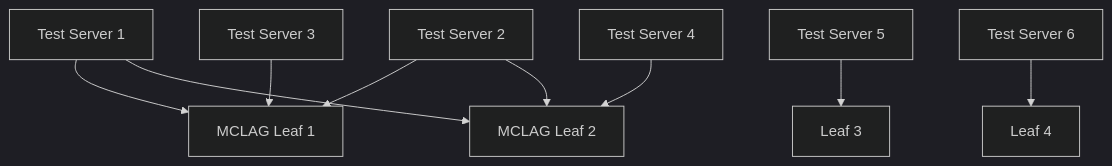
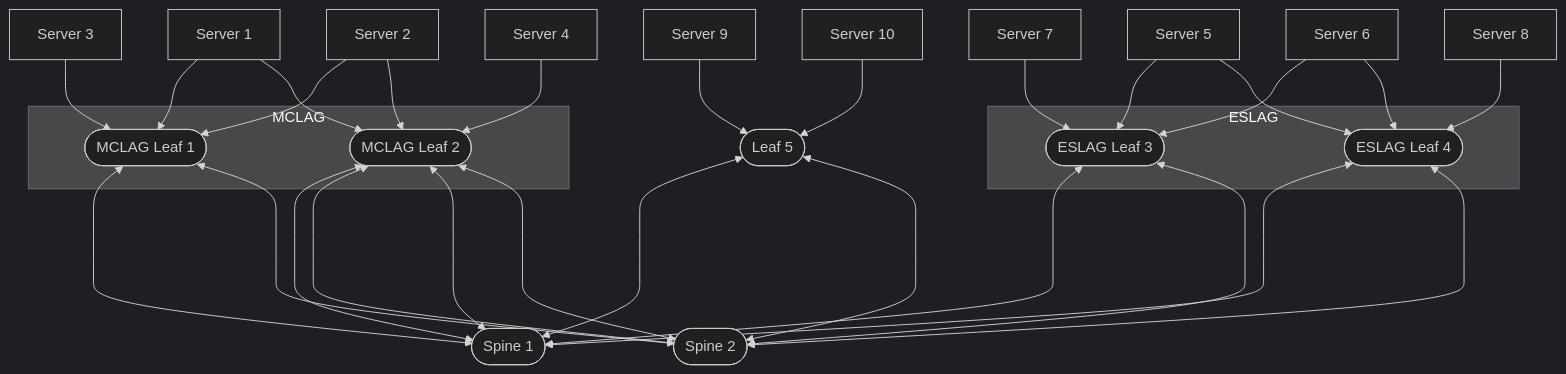
The second of 2 diagrams in docs/vlab/demo.md (githedgehog/docs), drawn with Mermaid (dark theme) before and after one commit. The commit also changed other lines of this file, not shown here.

Commit message:
change mermaid diagrams

````diff
--- a/docs/vlab/demo.md
+++ b/docs/vlab/demo.md
@@ -40,26 +35,51 @@
 ```mermaid
 graph TD
-    L1[MCLAG Leaf 1]
-    L2[MCLAG Leaf 2]
-    L3[Leaf 3]
-    L4[Leaf 4]
+    S1([Spine 1])
+    S2([Spine 2])
+    L1([MCLAG Leaf 1])
+    L2([MCLAG Leaf 2])
+    L3([ESLAG Leaf 3])
+    L4([ESLAG Leaf 4])
+    L5([Leaf 5])
 
-    TS1[Test Server 1]
-    TS2[Test Server 2]
-    TS3[Test Server 3]
-    TS4[Test Server 4]
-    TS5[Test Server 5]
-    TS6[Test Server 6]
+    TS1[Server 1]
+    TS2[Server 2]
+    TS3[Server 3]
+    TS4[Server 4]
+    TS5[Server 5]
+    TS6[Server 6]
+    TS7[Server 7]
+    TS8[Server 8]
+    TS9[Server 9]
+    TS10[Server 10]
 
+    subgraph MCLAG
+    L1
+    L2
+    end
+    TS3 --> L1
     TS1 --> L1
     TS1 --> L2
 
     TS2 --> L1
     TS2 --> L2
 
-    TS3 --> L1
     TS4 --> L2
 
+    subgraph ESLAG
+    L3
+    L4
+    end
+
+    TS7 --> L3
     TS5 --> L3
+    TS5 --> L4
+    TS6 --> L3
     TS6 --> L4
+
+    TS8 --> L4
+    TS9 --> L5
+    TS10 --> L5
+
+    L1 & L2 & L2 & L3 & L4 & L5 <----> S1 & S2
 ```
````
